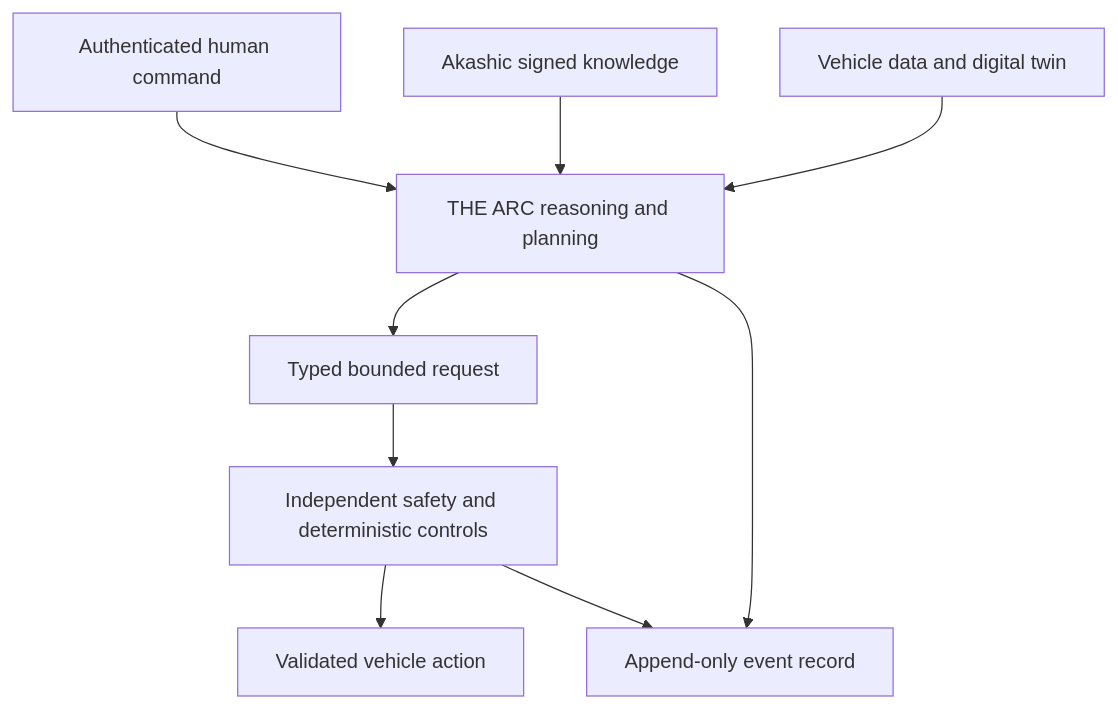
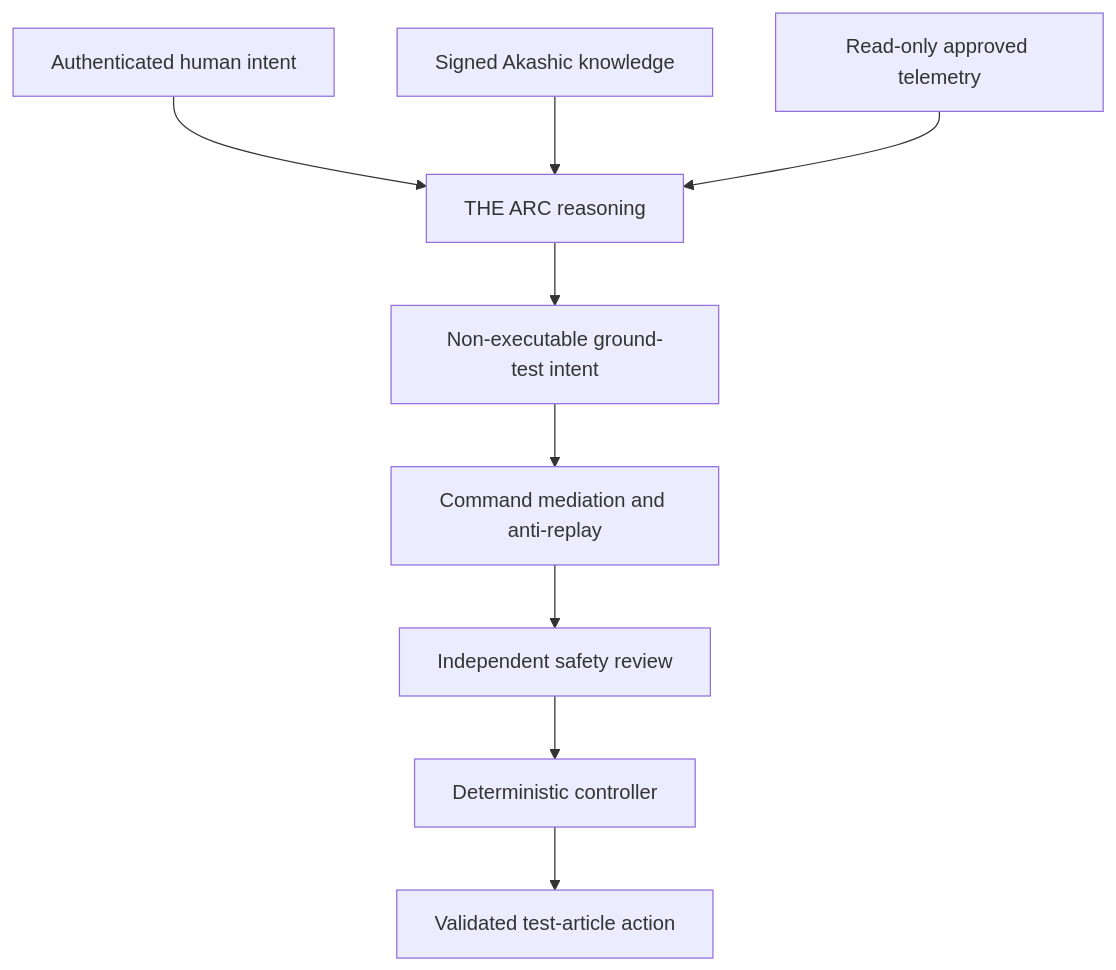
Before and after one commit to THECOMMONWEALTHOFBLACKAMERICA/CRFTE: the diagram in docs/ARC-AKASHIC-VESSEL-INTEGRATION.md, drawn with Mermaid. The commit also changed other lines of this file and 3 other files, not shown here.

````diff
--- a/docs/ARC-AKASHIC-VESSEL-INTEGRATION.md
+++ b/docs/ARC-AKASHIC-VESSEL-INTEGRATION.md
@@ -16,11 +51,11 @@
 ```mermaid
 flowchart TD
-    H[Authenticated human command] --> A[THE ARC reasoning and planning]
-    K[Akashic signed knowledge] --> A
-    S[Vehicle data and digital twin] --> A
-    A --> R[Typed bounded request]
-    R --> C[Independent safety and deterministic controls]
-    C --> V[Validated vehicle action]
-    C --> L[Append-only event record]
-    A --> L
+    H[Authenticated human intent] --> A[THE ARC reasoning]
+    K[Signed Akashic knowledge] --> A
+    T[Read-only approved telemetry] --> A
+    A --> R[Non-executable ground-test intent]
+    R --> M[Command mediation and anti-replay]
+    M --> S[Independent safety review]
+    S --> C[Deterministic controller]
+    C --> V[Validated test-article action]
 ```
````
